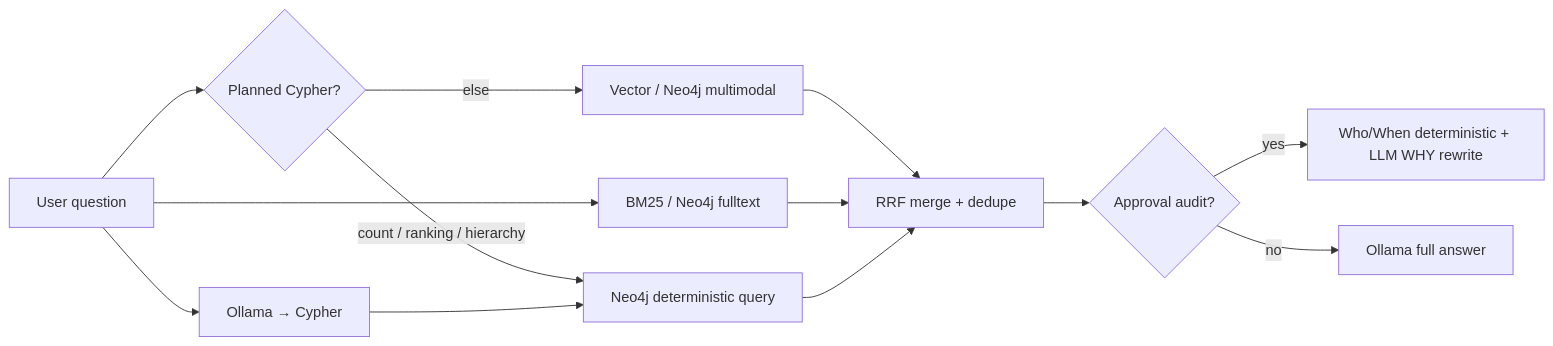
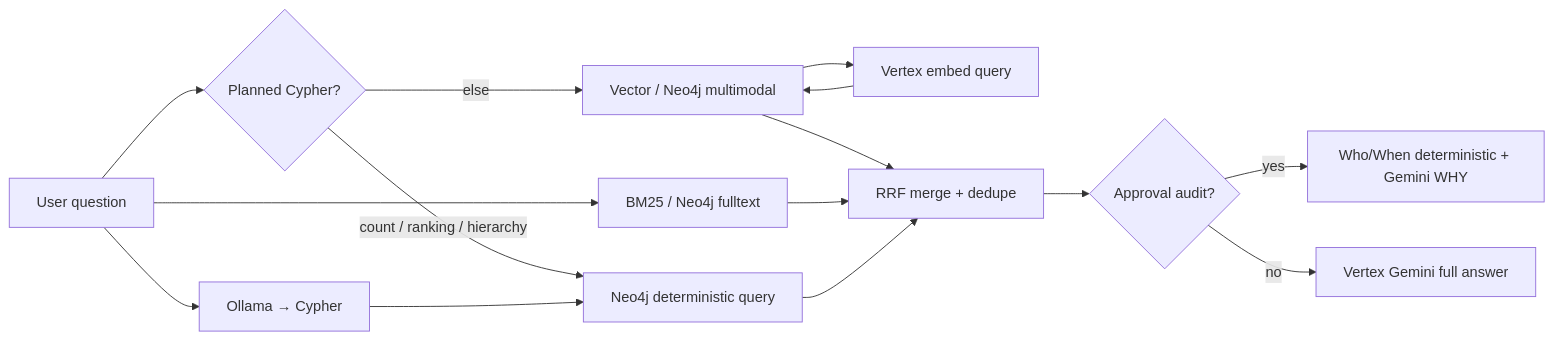
The diagram in ssi-chat/README.md (sanjuthomas/policy-pilot), drawn with Mermaid before and after one commit. The commit also changed other lines of this file and 84 other files, not shown here.

````diff
--- a/ssi-chat/README.md
+++ b/ssi-chat/README.md
@@ -32,15 +43,17 @@
 ```mermaid
 flowchart LR
     Q[User question] --> P{Planned Cypher?}
     P -->|count / ranking / hierarchy| N[Neo4j deterministic query]
     P -->|else| V[Vector / Neo4j multimodal]
     Q --> B[BM25 / Neo4j fulltext]
     Q --> C[Ollama → Cypher]
     C --> N
+    V --> VE[Vertex embed query]
+    VE --> V
     V --> R[RRF merge + dedupe]
     B --> R
     N --> R
     R --> A{Approval audit?}
-    A -->|yes| W[Who/When deterministic + LLM WHY rewrite]
-    A -->|no| L[Ollama full answer]
+    A -->|yes| W[Who/When deterministic + Gemini WHY]
+    A -->|no| G[Vertex Gemini full answer]
 ```
````
